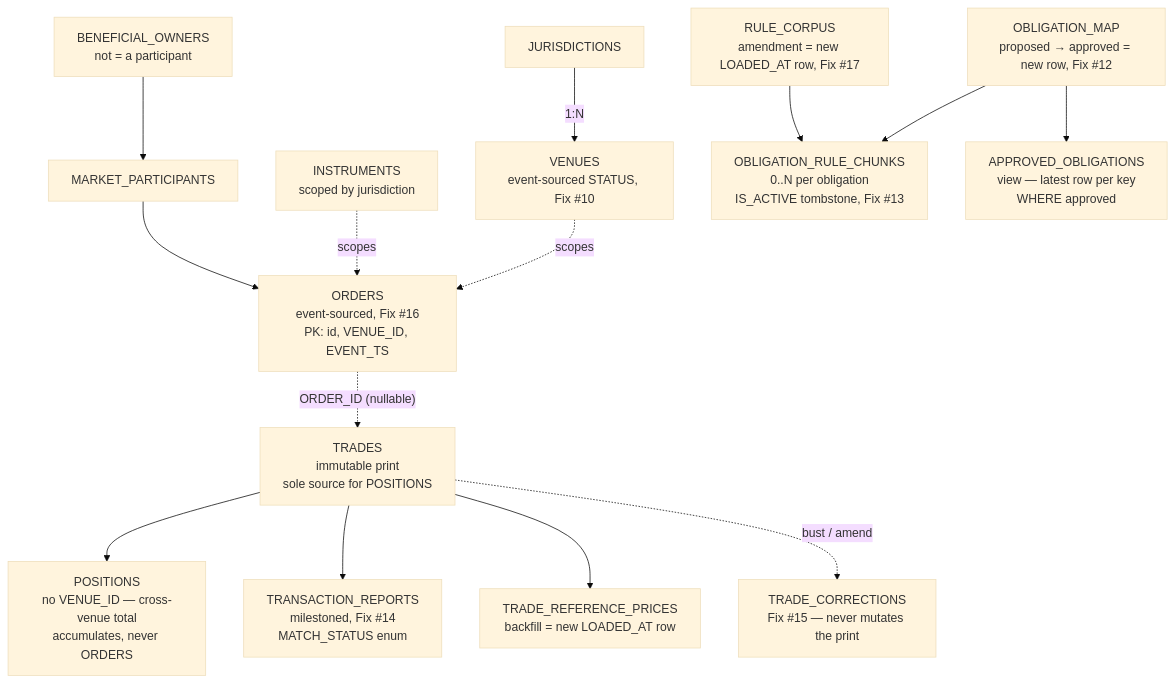
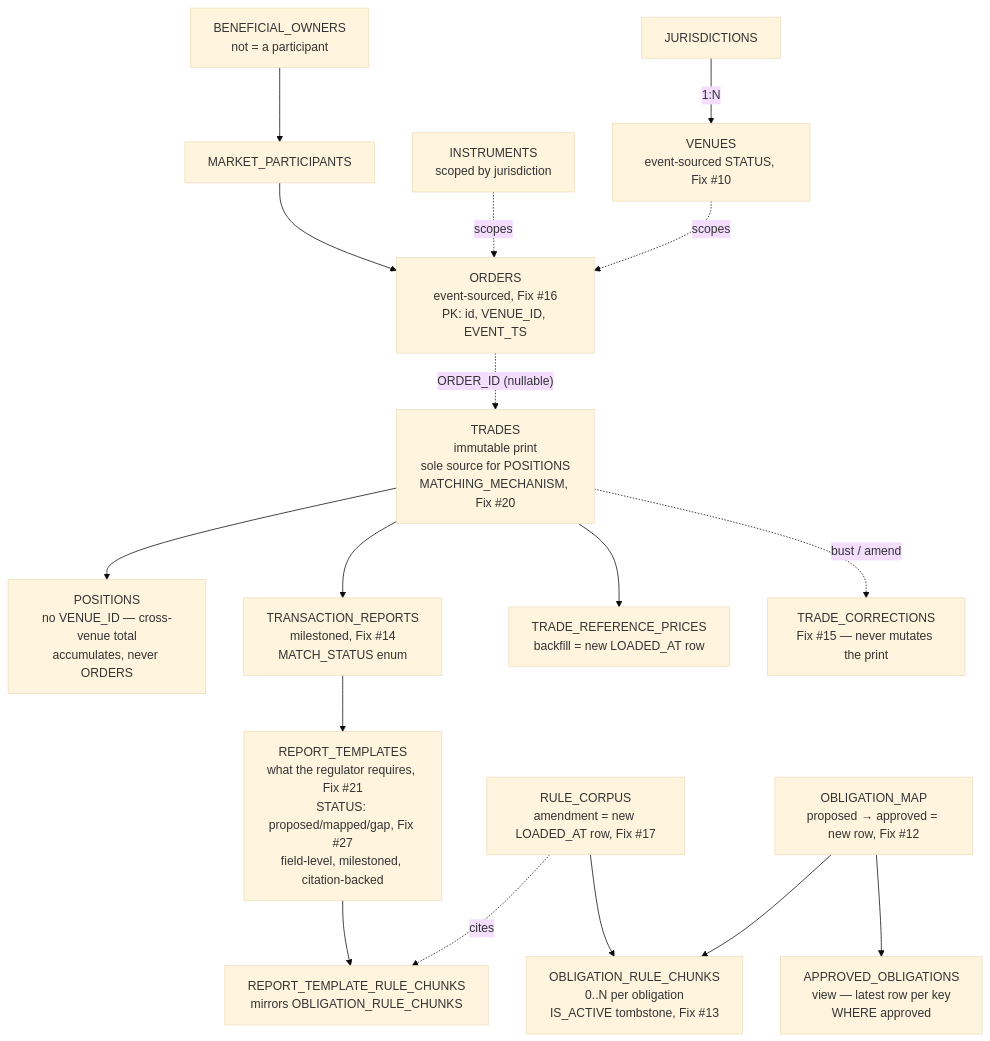
The second of 9 diagrams in docs/system_diagrams.md (OlixIgnacious/snowflake-exchange), drawn with Mermaid (base theme) before and after one commit. The commit also changed other lines of this file and 2 other files, not shown here.

Commit message:
Update system diagrams to reflect changes in versioning and add new fields for report templates

````diff
--- a/docs/system_diagrams.md
+++ b/docs/system_diagrams.md
@@ -36,17 +36,21 @@
 ```mermaid
 flowchart TD
     JUR[JURISDICTIONS] -->|1:N| VEN[VENUES<br/>event-sourced STATUS, Fix #10]
     BO[BENEFICIAL_OWNERS<br/>not = a participant] --> MP[MARKET_PARTICIPANTS]
     MP --> ORD[ORDERS<br/>event-sourced, Fix #16<br/>PK: id, VENUE_ID, EVENT_TS]
     INS[INSTRUMENTS<br/>scoped by jurisdiction] -.->|scopes| ORD
     VEN -.->|scopes| ORD
-    ORD -.->|"ORDER_ID (nullable)"| TRD[TRADES<br/>immutable print<br/>sole source for POSITIONS]
+    ORD -.->|"ORDER_ID (nullable)"| TRD[TRADES<br/>immutable print<br/>sole source for POSITIONS<br/>MATCHING_MECHANISM, Fix #20]
     TRD --> POS[POSITIONS<br/>no VENUE_ID — cross-venue total<br/>accumulates, never ORDERS]
     TRD --> TXR[TRANSACTION_REPORTS<br/>milestoned, Fix #14<br/>MATCH_STATUS enum]
     TRD --> TRP[TRADE_REFERENCE_PRICES<br/>backfill = new LOADED_AT row]
     TRD -.->|bust / amend| TRC[TRADE_CORRECTIONS<br/>Fix #15 — never mutates the print]
 
     RC[RULE_CORPUS<br/>amendment = new LOADED_AT row, Fix #17] --> ORC[OBLIGATION_RULE_CHUNKS<br/>0..N per obligation<br/>IS_ACTIVE tombstone, Fix #13]
     OM[OBLIGATION_MAP<br/>proposed → approved = new row, Fix #12] --> ORC
     OM --> AO[APPROVED_OBLIGATIONS<br/>view — latest row per key<br/>WHERE approved]
+
+    TXR --> RT["REPORT_TEMPLATES<br/>what the regulator requires, Fix #21<br/>STATUS: proposed/mapped/gap, Fix #27<br/>field-level, milestoned, citation-backed"]
+    RT --> RTC[REPORT_TEMPLATE_RULE_CHUNKS<br/>mirrors OBLIGATION_RULE_CHUNKS]
+    RC -.->|cites| RTC
 ```
````
